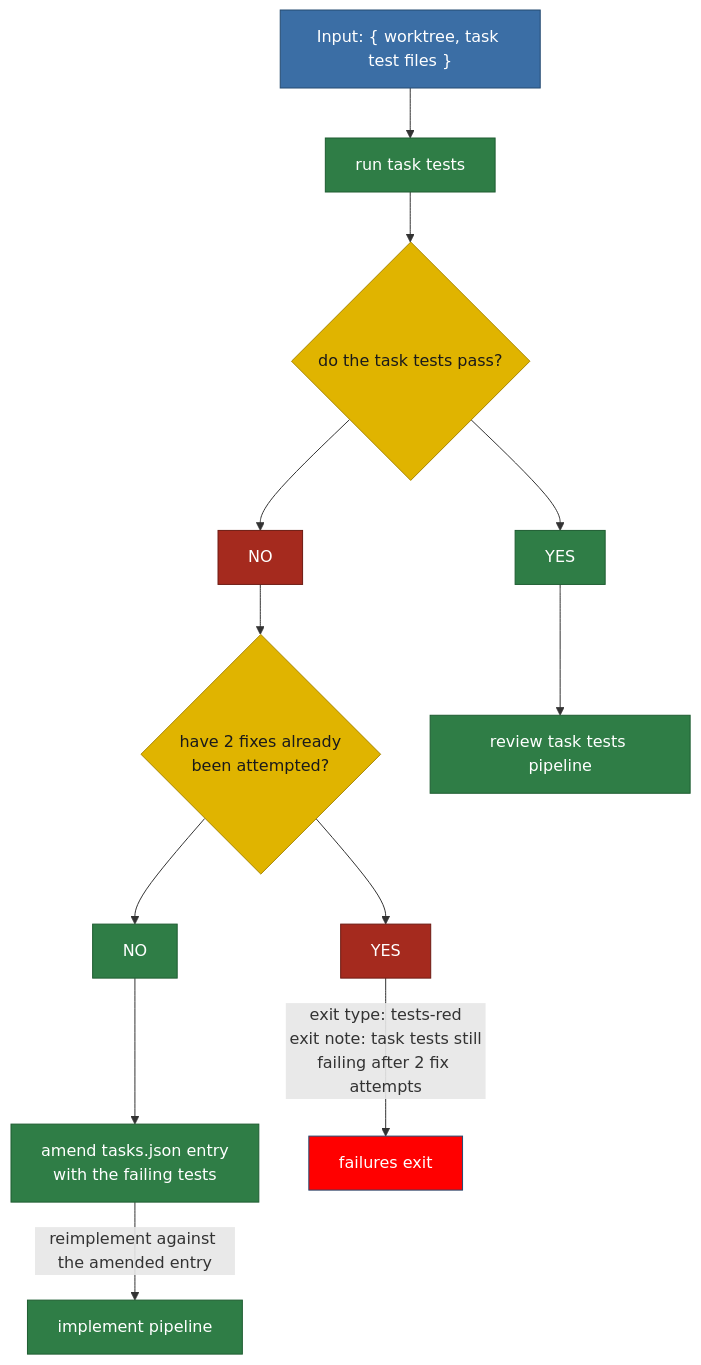
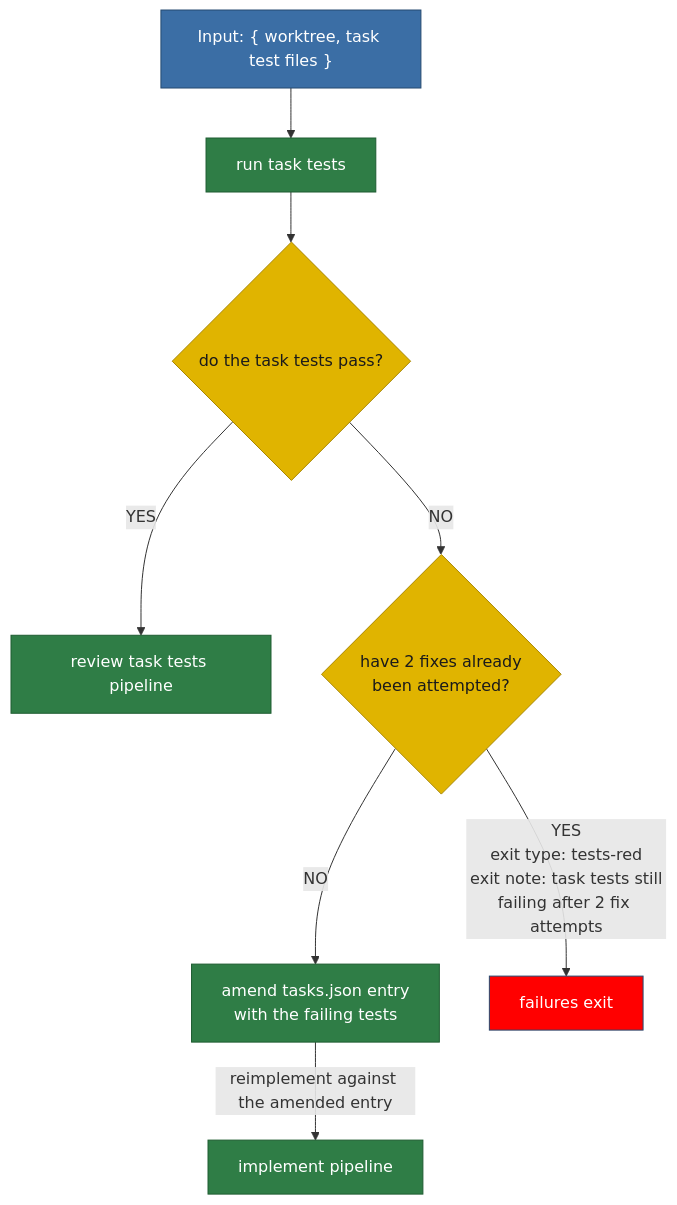
Before and after one commit to matkatmusic/taskTools: the diagram in plans/diagram/pipeline-taskTests.mmd, drawn with Mermaid. The commit also changed 12 other files, not shown here.

Commit message:
changed YES/NO blocks to be labels in diagrams

```diff
--- a/plans/diagram/pipeline-taskTests.mmd
+++ b/plans/diagram/pipeline-taskTests.mmd
@@ -1,62 +1,56 @@
 flowchart TB
 %% TASK TESTS PIPELINE. Split from pipeline-implementTest.mmd.
 %% ---
 %% Input: committed work from the implement pipeline.
 %% ---
 %% Job: get the task's own tests green.
 %% ---
 %% Rules not shown in the graph:
 %% ---
 %% Every read and write of tasks.json is atomic.
 %% ---
 %% A repair is never tested until committed, so a failure re-enters the implement pipeline, not this one.
 %% ---
 %% Boxes touching the working tree run deepest submodule first, root last. tasks.json-only boxes do not.
 %% ---
 %% amend tasks.json entry also raises the fix counter by one.
 %% ---
 %% A script that fails operationally exits as run-failed.
 %% ---
 %% Exit types: tests-red, run-failed.
 %% ---
 %% CODE TASK: the runtime disagrees with this graph.
 %% ---
 %% tackle-tasks.workflow.template.js sets MAX_ATTEMPTS = 2.
 %% ---
 %% It runs only 1 fix before tests-red.
 %% ---
 %% Its exit note still says "after 2 codebase fixes".
 
   COMMITTED_WORK_INPUT["Input: { worktree, task test files }"] --> RUN_TASK_TESTS
   RUN_TASK_TESTS["run task tests"] --> DO_TASK_TESTS_PASS{"do the task tests pass?"}
-  DO_TASK_TESTS_PASS --> DO_TASK_TESTS_PASS_YES["YES"]
-  DO_TASK_TESTS_PASS --> DO_TASK_TESTS_PASS_NO["NO"]
+  DO_TASK_TESTS_PASS -->|YES| REVIEW_TESTS_PIPELINE["review task tests pipeline"]
+  DO_TASK_TESTS_PASS -->|NO| ARE_2_TEST_FIXES_DONE{"have 2 fixes already<br/>been attempted?"}
 
-  DO_TASK_TESTS_PASS_NO --> ARE_2_TEST_FIXES_DONE{"have 2 fixes already<br/>been attempted?"}
-  ARE_2_TEST_FIXES_DONE --> ARE_2_TEST_FIXES_DONE_NO["NO"]
-  ARE_2_TEST_FIXES_DONE --> ARE_2_TEST_FIXES_DONE_YES["YES"]
-  ARE_2_TEST_FIXES_DONE_NO --> AMEND_ENTRY_WITH_FAILING_TESTS["amend tasks.json entry<br/>with the failing tests"]
+  ARE_2_TEST_FIXES_DONE -->|NO| AMEND_ENTRY_WITH_FAILING_TESTS["amend tasks.json entry<br/>with the failing tests"]
+  ARE_2_TEST_FIXES_DONE -- "YES<br/>exit type: tests-red<br/>exit note: task tests still<br/>failing after 2 fix attempts" --> EXIT_WORKFLOW_TASK_TESTS
   AMEND_ENTRY_WITH_FAILING_TESTS -- "reimplement against the amended entry" --> IMPLEMENT_PIPELINE["implement pipeline"]
-  ARE_2_TEST_FIXES_DONE_YES -- "exit type: tests-red<br/>exit note: task tests still<br/>failing after 2 fix attempts" --> EXIT_WORKFLOW_TASK_TESTS
 
-  DO_TASK_TESTS_PASS_YES --> REVIEW_TESTS_PIPELINE["review task tests pipeline"]
 
   EXIT_WORKFLOW_TASK_TESTS["failures exit"]
 
   %% Green heads for the next pipeline.
   %% ---
   %% Red reimplements, or ends in the exit workflow.
   classDef pipeline fill:#2f7d46,stroke:#1e5c31,color:#ffffff
   classDef script fill:#2f7d46,stroke:#1e5c31,color:#ffffff
   classDef decision fill:#e0b400,stroke:#a88600,color:#1a1a1a
   classDef output fill:#3b6ea5,stroke:#254a70,color:#ffffff
   classDef fail fill:red,stroke:#254a70,color:#ffffff
   classDef pass fill:#2f7d46,stroke:#1e5c31,color:#ffffff
   classDef nopass fill:#a52a1e,stroke:#6d1a12,color:#ffffff
   class DO_TASK_TESTS_PASS,ARE_2_TEST_FIXES_DONE decision
   class AMEND_ENTRY_WITH_FAILING_TESTS,RUN_TASK_TESTS script
   class IMPLEMENT_PIPELINE,REVIEW_TESTS_PIPELINE pipeline
-  class DO_TASK_TESTS_PASS_YES,ARE_2_TEST_FIXES_DONE_NO pass
-  class DO_TASK_TESTS_PASS_NO,ARE_2_TEST_FIXES_DONE_YES nopass
   class EXIT_WORKFLOW_TASK_TESTS fail
   class COMMITTED_WORK_INPUT output
```
